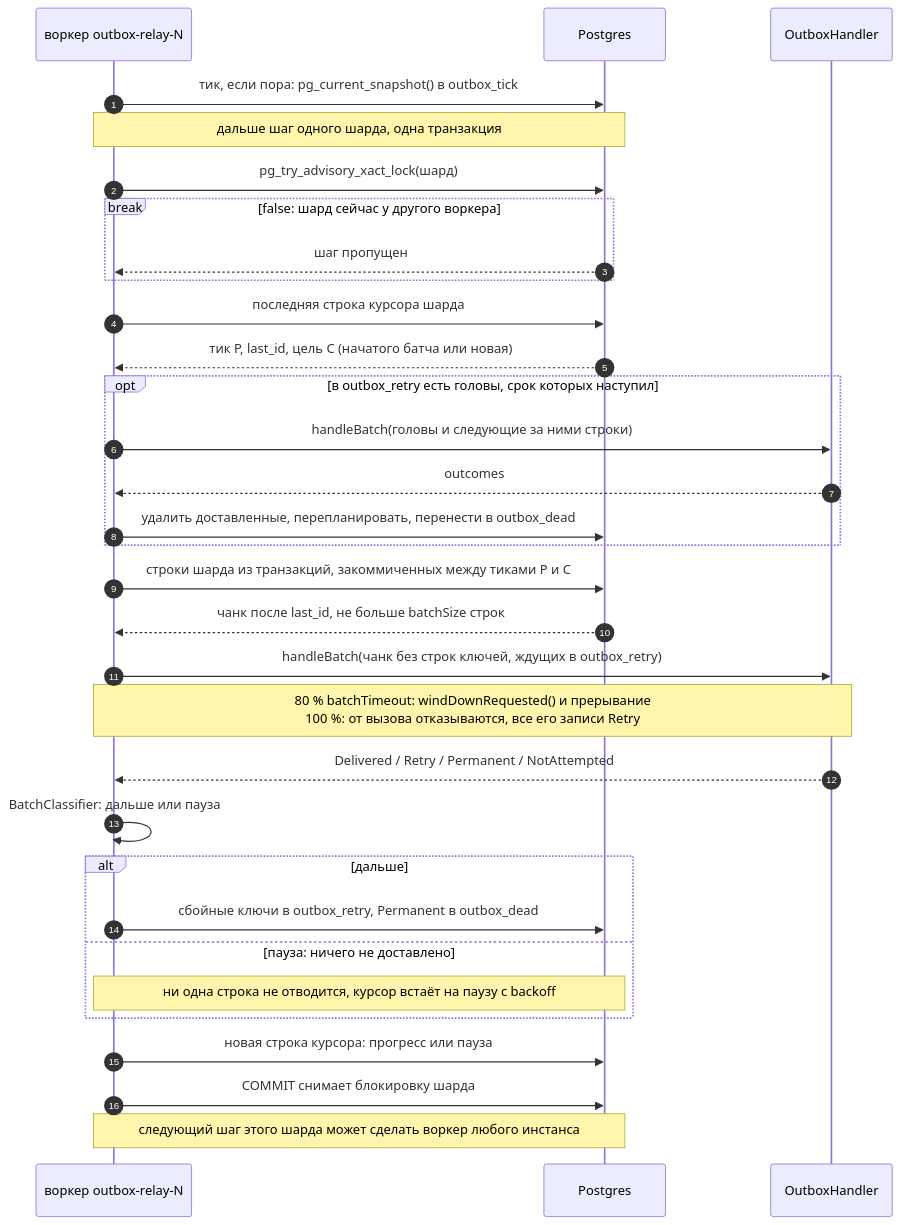
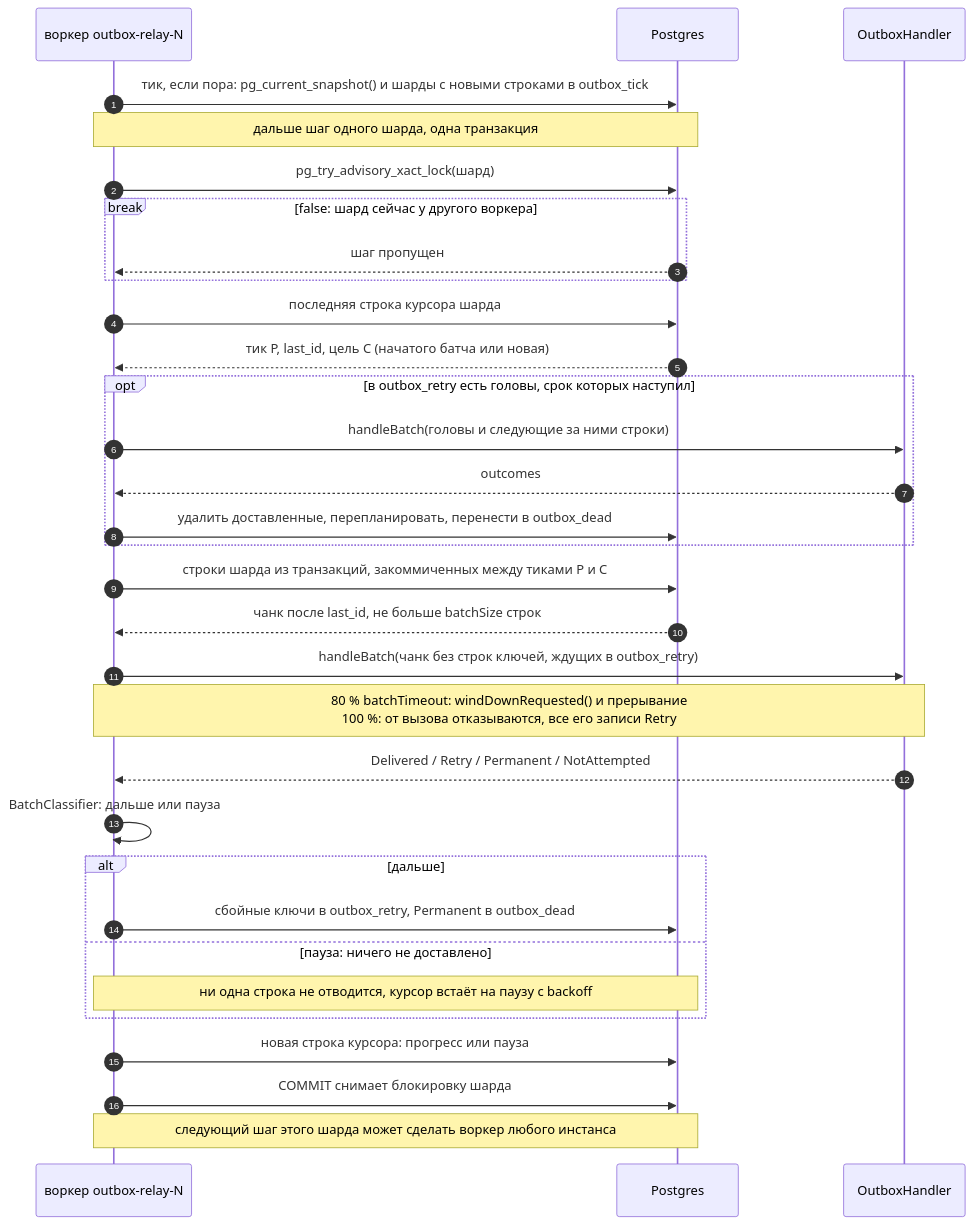
Before and after one commit to dsudomoin/kora-transactional-outbox: the third of 5 diagrams in README.md, drawn with Mermaid. The commit also changed other lines of this file and 15 other files, not shown here.

````diff
--- a/README.md
+++ b/README.md
@@ -659,34 +662,34 @@
 ```mermaid
 sequenceDiagram
     autonumber
     participant W as воркер outbox-relay-N
     participant DB as Postgres
     participant H as OutboxHandler
-    W->>DB: тик, если пора: pg_current_snapshot() в outbox_tick
+    W->>DB: тик, если пора: pg_current_snapshot() и шарды с новыми строками в outbox_tick
     Note over W,DB: дальше шаг одного шарда, одна транзакция
     W->>DB: pg_try_advisory_xact_lock(шард)
     break false: шард сейчас у другого воркера
         DB-->>W: шаг пропущен
     end
     W->>DB: последняя строка курсора шарда
     DB-->>W: тик P, last_id, цель C (начатого батча или новая)
     opt в outbox_retry есть головы, срок которых наступил
         W->>H: handleBatch(головы и следующие за ними строки)
         H-->>W: outcomes
         W->>DB: удалить доставленные, перепланировать, перенести в outbox_dead
     end
     W->>DB: строки шарда из транзакций, закоммиченных между тиками P и C
     DB-->>W: чанк после last_id, не больше batchSize строк
     W->>H: handleBatch(чанк без строк ключей, ждущих в outbox_retry)
     Note over W,H: 80 % batchTimeout: windDownRequested() и прерывание<br/>100 %: от вызова отказываются, все его записи Retry
     H-->>W: Delivered / Retry / Permanent / NotAttempted
     W->>W: BatchClassifier: дальше или пауза
     alt дальше
         W->>DB: сбойные ключи в outbox_retry, Permanent в outbox_dead
     else пауза: ничего не доставлено
         Note over W,DB: ни одна строка не отводится, курсор встаёт на паузу с backoff
     end
     W->>DB: новая строка курсора: прогресс или пауза
     W->>DB: COMMIT снимает блокировку шарда
     Note over W,DB: следующий шаг этого шарда может сделать воркер любого инстанса
 ```
````
